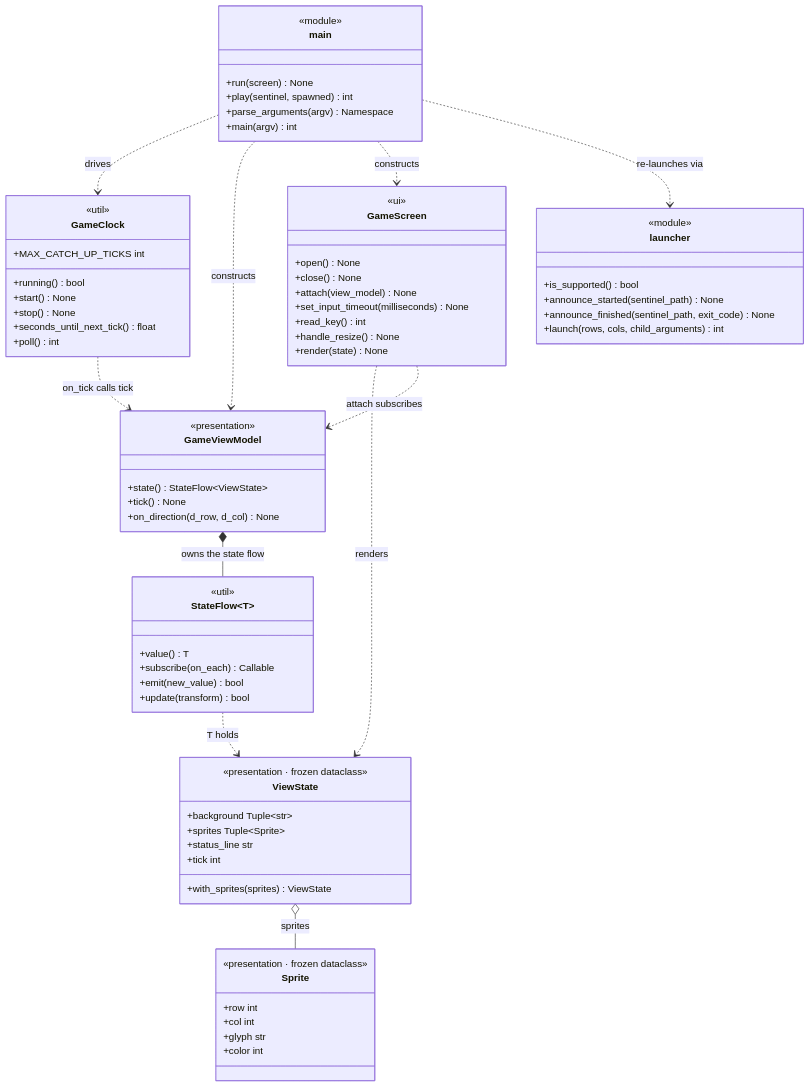
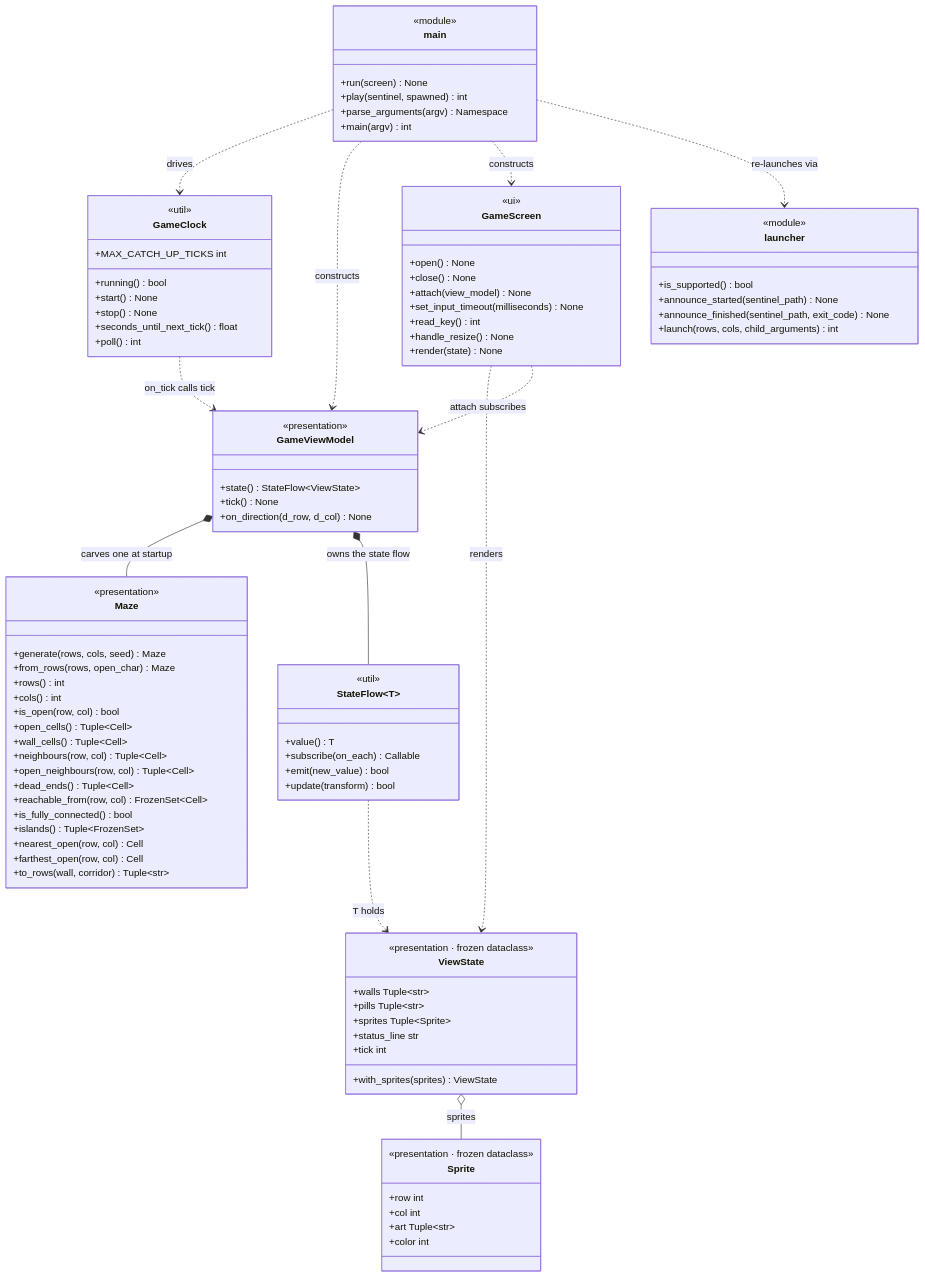
The diagram in docs/CLASS_OVERVIEW.md (replicant1/TerminalGame), drawn with Mermaid before and after one commit. The commit also changed other lines of this file and 10 other files, not shown here.

```diff
--- a/docs/CLASS_OVERVIEW.md
+++ b/docs/CLASS_OVERVIEW.md
@@ -25,14 +25,49 @@
 classDiagram
     direction TB
 
-    class GameClock {
-        <<util>>
-        +MAX_CATCH_UP_TICKS int
-        +running() bool
-        +start() None
-        +stop() None
-        +seconds_until_next_tick() float
-        +poll() int
+    class Maze {
+        <<presentation>>
+        +generate(rows, cols, seed) Maze
+        +from_rows(rows, open_char) Maze
+        +rows() int
+        +cols() int
+        +is_open(row, col) bool
+        +open_cells() Tuple~Cell~
+        +wall_cells() Tuple~Cell~
+        +neighbours(row, col) Tuple~Cell~
+        +open_neighbours(row, col) Tuple~Cell~
+        +dead_ends() Tuple~Cell~
+        +reachable_from(row, col) FrozenSet~Cell~
+        +is_fully_connected() bool
+        +islands() Tuple~FrozenSet~
+        +nearest_open(row, col) Cell
+        +farthest_open(row, col) Cell
+        +to_rows(wall, corridor) Tuple~str~
+    }
+
+    class GameViewModel {
+        <<presentation>>
+        +state() StateFlow~ViewState~
+        +tick() None
+        +on_direction(d_row, d_col) None
+    }
+
+    class Sprite {
+        <<presentation · frozen dataclass>>
+        +row int
+        +col int
+        +art Tuple~str~
+        +color int
+    }
+
+    class ViewState {
+        <<presentation · frozen dataclass>>
+        +walls Tuple~str~
+        +pills Tuple~str~
+        +sprites Tuple~Sprite~
+        +status_line str
+        +tick int
+        +with_sprites(sprites) ViewState
     }
 
     class StateFlow~T~ {
@@ -43,28 +78,14 @@
         +update(transform) bool
     }
 
-    class Sprite {
-        <<presentation · frozen dataclass>>
-        +row int
-        +col int
-        +glyph str
-        +color int
-    }
-
-    class ViewState {
-        <<presentation · frozen dataclass>>
-        +background Tuple~str~
-        +sprites Tuple~Sprite~
-        +status_line str
-        +tick int
-        +with_sprites(sprites) ViewState
-    }
-
-    class GameViewModel {
-        <<presentation>>
-        +state() StateFlow~ViewState~
-        +tick() None
-        +on_direction(d_row, d_col) None
+    class GameClock {
+        <<util>>
+        +MAX_CATCH_UP_TICKS int
+        +running() bool
+        +start() None
+        +stop() None
+        +seconds_until_next_tick() float
+        +poll() int
     }
 
     class GameScreen {
@@ -94,6 +115,7 @@
         +launch(rows, cols, child_arguments) int
     }
 
+    GameViewModel *-- Maze : carves one at startup
     GameViewModel *-- StateFlow : owns the state flow
     StateFlow ..> ViewState : T holds
     ViewState o-- Sprite : sprites
```
